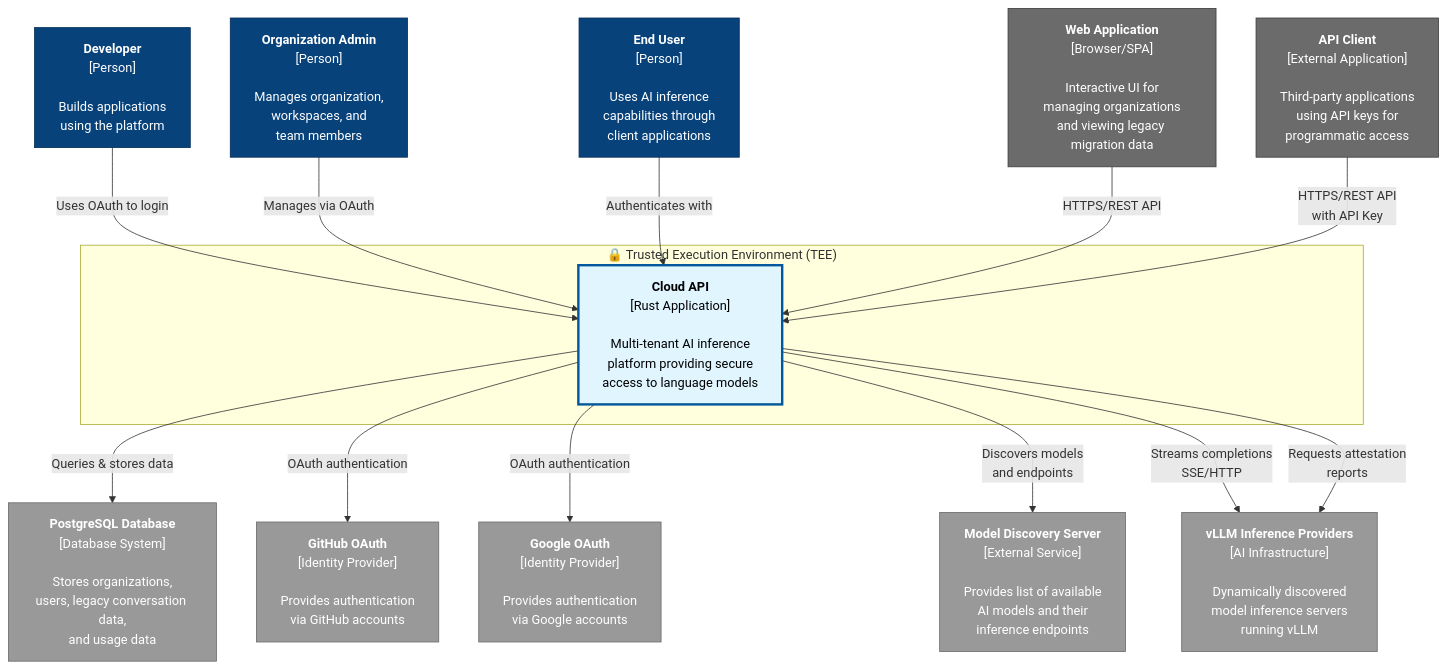
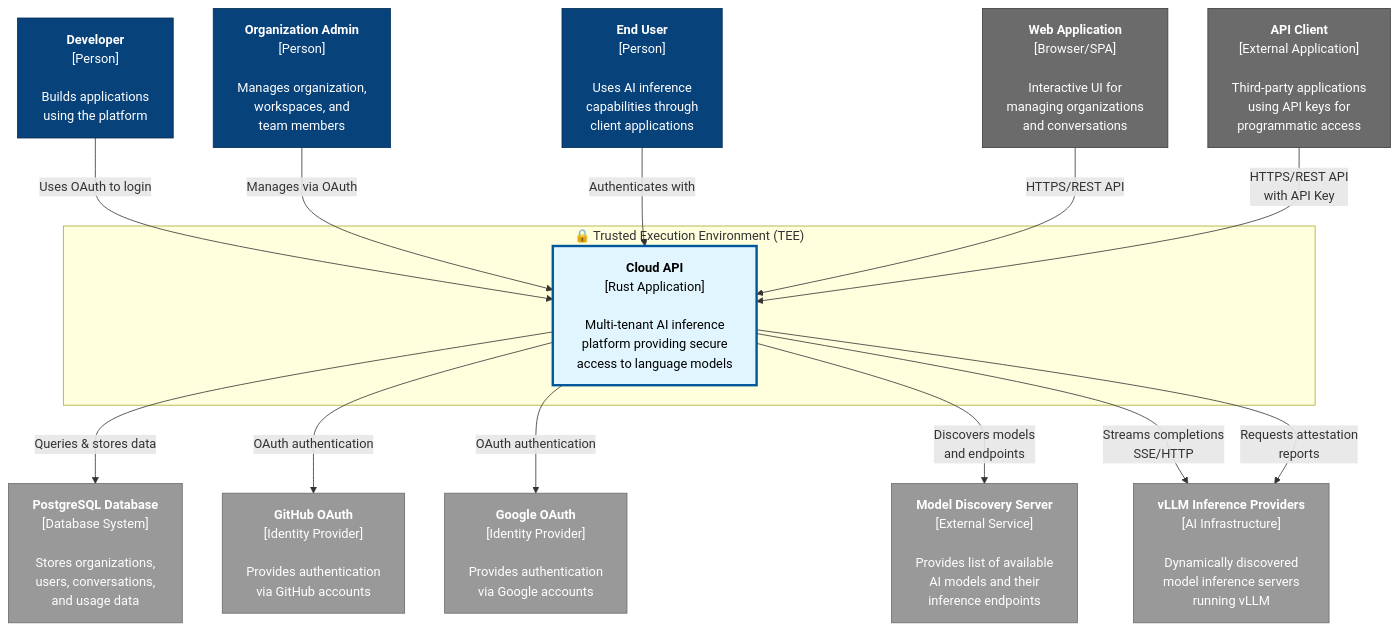
The first of 16 diagrams in docs/architecture/c4-diagrams.md (nearai/cloud-api), drawn with Mermaid before and after one commit. The commit also changed other lines of this file and 25 other files, not shown here.

````diff
--- a/docs/architecture/c4-diagrams.md
+++ b/docs/architecture/c4-diagrams.md
@@ -56,55 +56,55 @@
 ```mermaid
 graph TB
     subgraph TEE["🔒 Trusted Execution Environment (TEE)"]
         PlatformAPI["<b>Cloud API</b><br/>[Rust Application]<br/><br/>Multi-tenant AI inference<br/>platform providing secure<br/>access to language models"]
     end
     
     %% External Actors
-    WebApp["<b>Web Application</b><br/>[Browser/SPA]<br/><br/>Interactive UI for<br/>managing organizations<br/>and viewing legacy migration data"]
+    WebApp["<b>Web Application</b><br/>[Browser/SPA]<br/><br/>Interactive UI for<br/>managing organizations<br/>and conversations"]
     
     APIClient["<b>API Client</b><br/>[External Application]<br/><br/>Third-party applications<br/>using API keys for<br/>programmatic access"]
     
     Developer["<b>Developer</b><br/>[Person]<br/><br/>Builds applications<br/>using the platform"]
     
     OrgAdmin["<b>Organization Admin</b><br/>[Person]<br/><br/>Manages organization,<br/>workspaces, and<br/>team members"]
     
     EndUser["<b>End User</b><br/>[Person]<br/><br/>Uses AI inference<br/>capabilities through<br/>client applications"]
     
     %% External Systems
-    PostgreSQL["<b>PostgreSQL Database</b><br/>[Database System]<br/><br/>Stores organizations,<br/>users, legacy conversation data,<br/>and usage data"]
+    PostgreSQL["<b>PostgreSQL Database</b><br/>[Database System]<br/><br/>Stores organizations,<br/>users, conversations,<br/>and usage data"]
     
     GitHubOAuth["<b>GitHub OAuth</b><br/>[Identity Provider]<br/><br/>Provides authentication<br/>via GitHub accounts"]
     
     GoogleOAuth["<b>Google OAuth</b><br/>[Identity Provider]<br/><br/>Provides authentication<br/>via Google accounts"]
     
     ModelDiscovery["<b>Model Discovery Server</b><br/>[External Service]<br/><br/>Provides list of available<br/>AI models and their<br/>inference endpoints"]
     
     InferenceProviders["<b>vLLM Inference Providers</b><br/>[AI Infrastructure]<br/><br/>Dynamically discovered<br/>model inference servers<br/>running vLLM"]
     
     %% User Interactions
     Developer -->|Uses OAuth to login| PlatformAPI
     OrgAdmin -->|Manages via OAuth| PlatformAPI
     EndUser -->|Authenticates with| PlatformAPI
     
     WebApp -->|HTTPS/REST API| PlatformAPI
     APIClient -->|HTTPS/REST API<br/>with API Key| PlatformAPI
     
     %% System Interactions
     PlatformAPI -->|Queries & stores data| PostgreSQL
     PlatformAPI -->|OAuth authentication| GitHubOAuth
     PlatformAPI -->|OAuth authentication| GoogleOAuth
     PlatformAPI -->|Discovers models<br/>and endpoints| ModelDiscovery
     PlatformAPI -->|Streams completions<br/>SSE/HTTP| InferenceProviders
     PlatformAPI -->|Requests attestation<br/>reports| InferenceProviders
     
     %% Styling
     classDef teeSystem fill:#e1f5ff,stroke:#01579b,stroke-width:3px,color:#000
     classDef externalPerson fill:#08427b,stroke:#052e56,color:#fff
     classDef externalSystem fill:#999999,stroke:#6b6b6b,color:#fff
     classDef externalApp fill:#6b6b6b,stroke:#3d3d3d,color:#fff
     
     class PlatformAPI teeSystem
     class Developer,OrgAdmin,EndUser externalPerson
     class PostgreSQL,GitHubOAuth,GoogleOAuth,ModelDiscovery,InferenceProviders externalSystem
     class WebApp,APIClient externalApp
 ```
````
